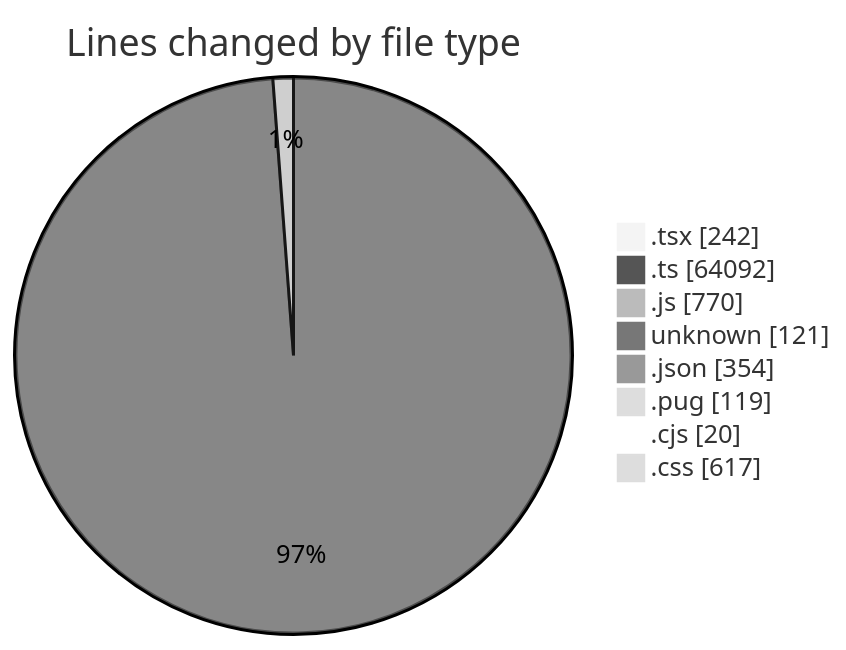
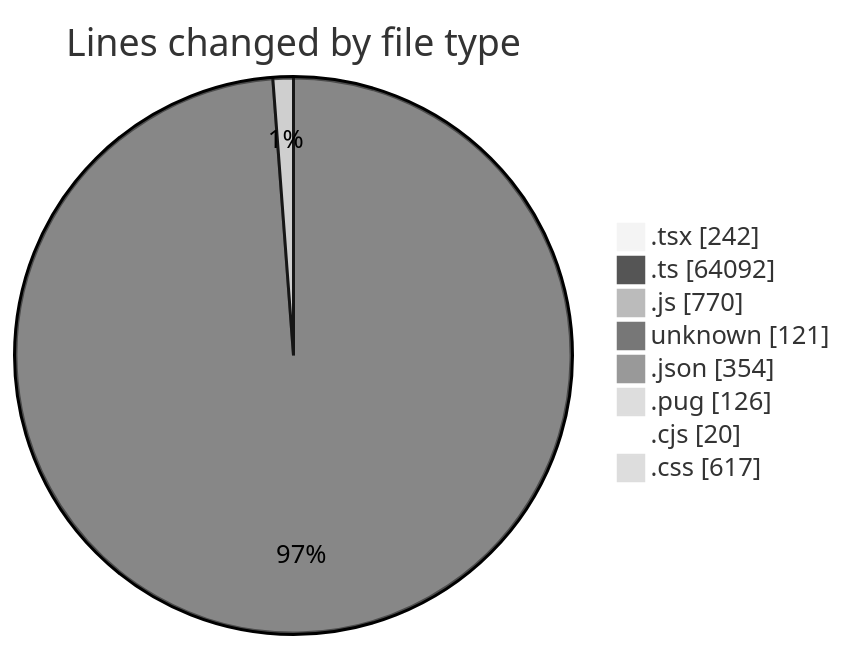
Before and after one commit to momahboobian/code-tracking: the first of 2 diagrams in 2026-06-01/cda/README.md, drawn with Mermaid (neutral theme). The commit also changed other lines of this file and 1 other file, not shown here.

````diff
--- a/2026-06-01/cda/README.md
+++ b/2026-06-01/cda/README.md
@@ -69,12 +69,12 @@
 ```mermaid
 pie showData
 title Lines changed by file type
 ".tsx" : 242
 ".ts" : 64092
 ".js" : 770
 "unknown" : 121
 ".json" : 354
-".pug" : 119
+".pug" : 126
 ".cjs" : 20
 ".css" : 617
 ```
````
